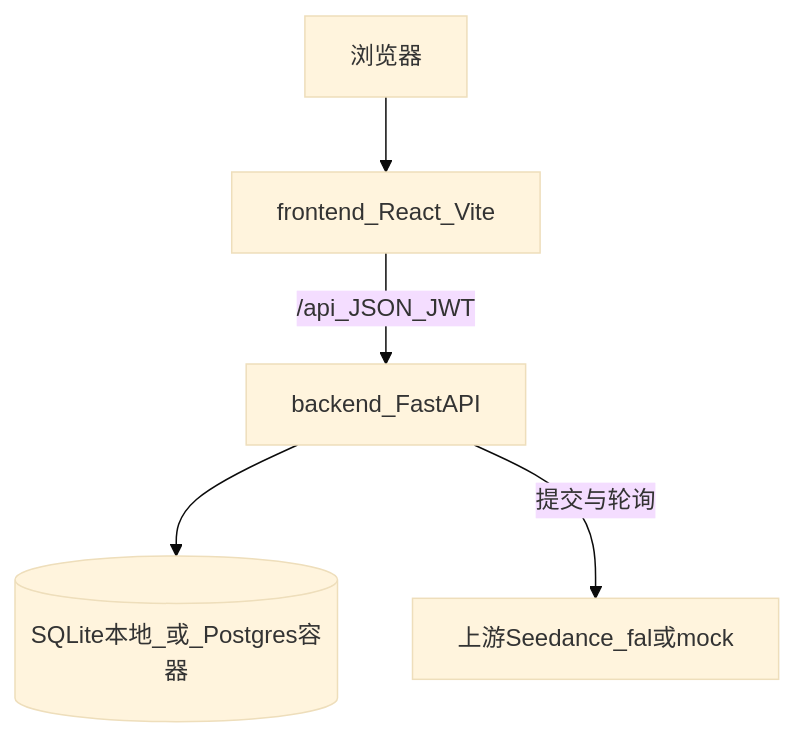
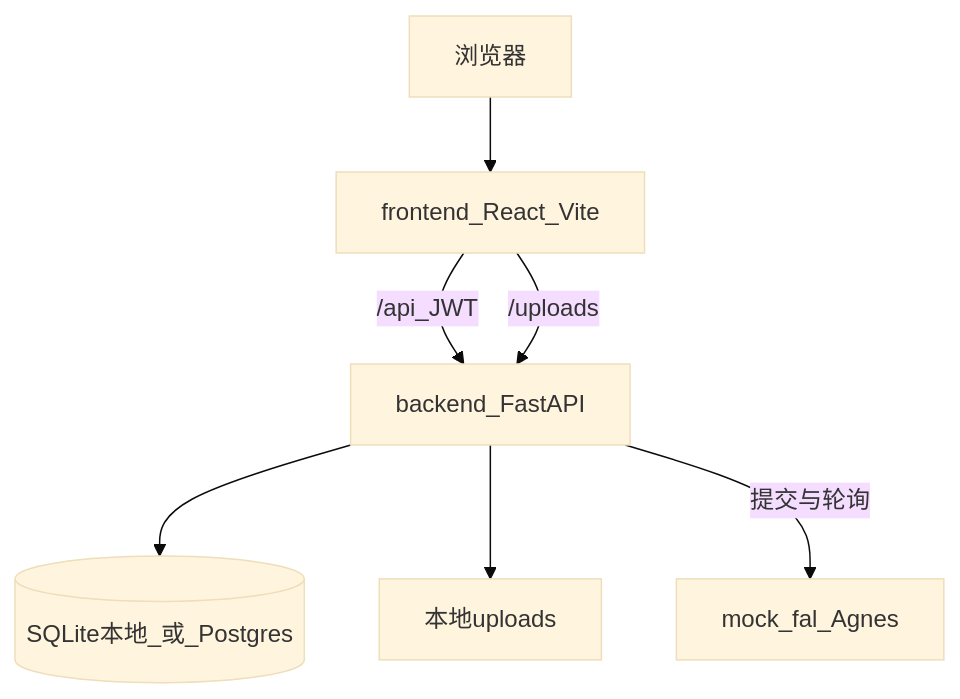
Before and after one commit to Frocir/SeeMeTVC: the second of 4 diagrams in 细化方案.md, drawn with Mermaid (base theme). The commit also changed other lines of this file and 43 other files, not shown here.

````diff
--- a/细化方案.md
+++ b/细化方案.md
@@ -87,13 +92,16 @@
 ```mermaid
 flowchart TB
   browser[浏览器]
   web[frontend_React_Vite]
   api[backend_FastAPI]
-  db[(SQLite本地_或_Postgres容器)]
-  upstream[上游Seedance_fal或mock]
+  db[(SQLite本地_或_Postgres)]
+  disk[本地uploads]
+  upstream[mock_fal_Agnes]
 
   browser --> web
-  web -->|/api_JSON_JWT| api
+  web -->|/api_JWT| api
+  web -->|/uploads| api
   api --> db
+  api --> disk
   api -->|提交与轮询| upstream
 ```
````
